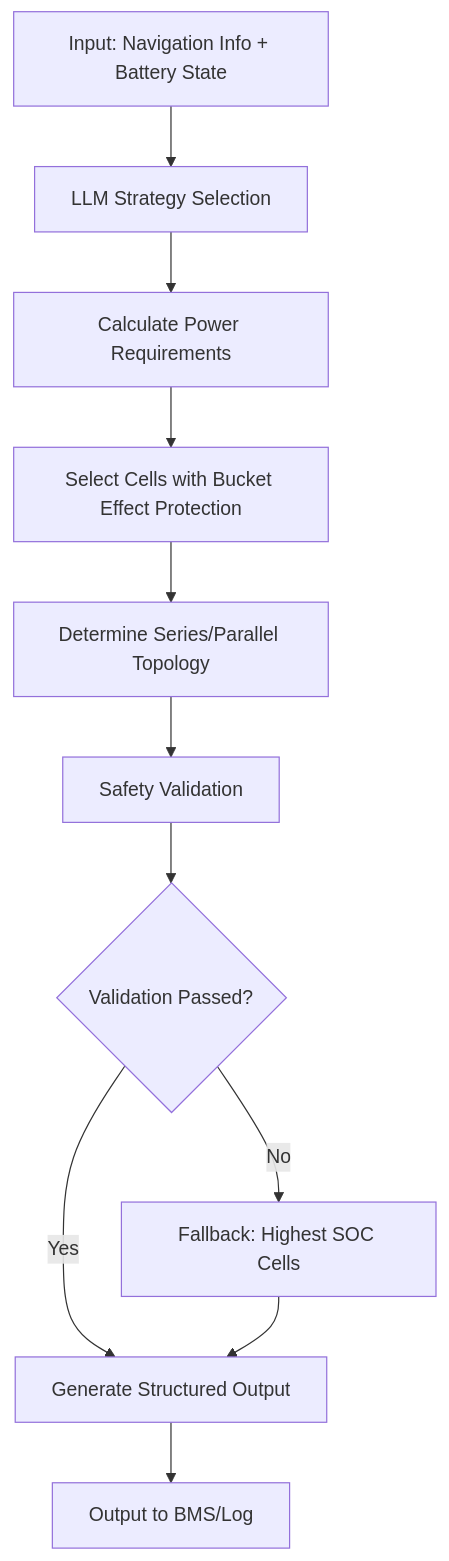
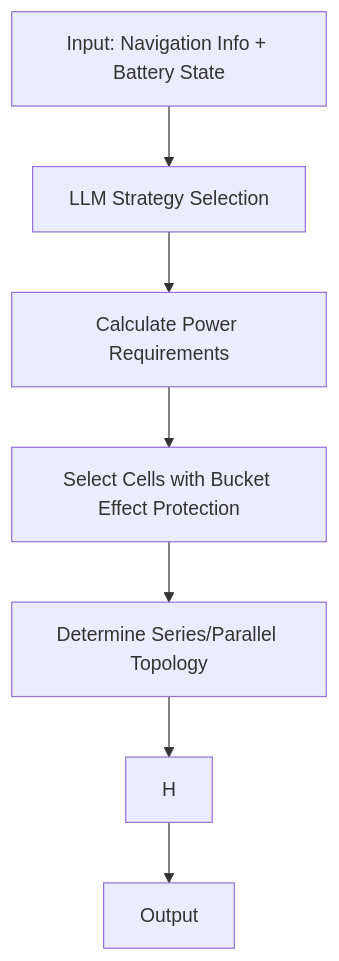
Before and after one commit to SixA1024-stu/skills: the diagram in drbp-balanced-discharge/SKILL.md, drawn with Mermaid. The commit also changed other lines of this file, not shown here.

````diff
--- a/drbp-balanced-discharge/SKILL.md
+++ b/drbp-balanced-discharge/SKILL.md
@@ -22,13 +22,9 @@
 ```mermaid
 graph TD
     A[Input: Navigation Info + Battery State] --> B[LLM Strategy Selection]
     B --> C[Calculate Power Requirements]
     C --> D[Select Cells with Bucket Effect Protection]
     D --> E[Determine Series/Parallel Topology]
-    E --> F[Safety Validation]
-    F --> G{Validation Passed?}
-    G -->|Yes| H[Generate Structured Output]
-    G -->|No| I[Fallback: Highest SOC Cells]
-    I --> H
-    H --> J[Output to BMS/Log]
+    E --> H
+    H --> J[Output]
 ```
````
